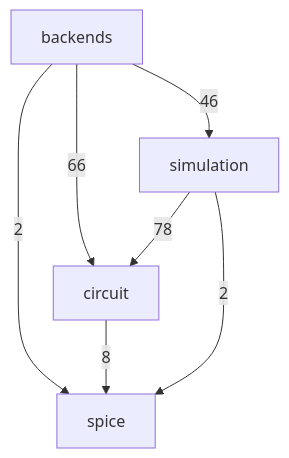
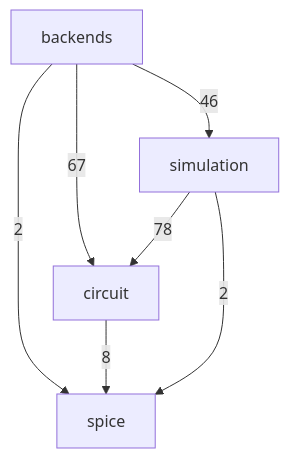
The second of 3 diagrams in docs/architecture.md (ronnymilleo/imcsim), drawn with Mermaid before and after one commit. The commit also changed 5 other files, not shown here.

````diff
--- a/docs/architecture.md
+++ b/docs/architecture.md
@@ -33,13 +33,13 @@
 ```mermaid
 flowchart TD
     app_core_spice[spice]
     app_core_circuit[circuit]
     app_core_simulation[simulation]
     app_core_backends[backends]
-    app_core_backends -->|66| app_core_circuit
+    app_core_backends -->|67| app_core_circuit
     app_core_backends -->|46| app_core_simulation
     app_core_backends -->|2| app_core_spice
     app_core_circuit -->|8| app_core_spice
     app_core_simulation -->|78| app_core_circuit
     app_core_simulation -->|2| app_core_spice
 ```
````
